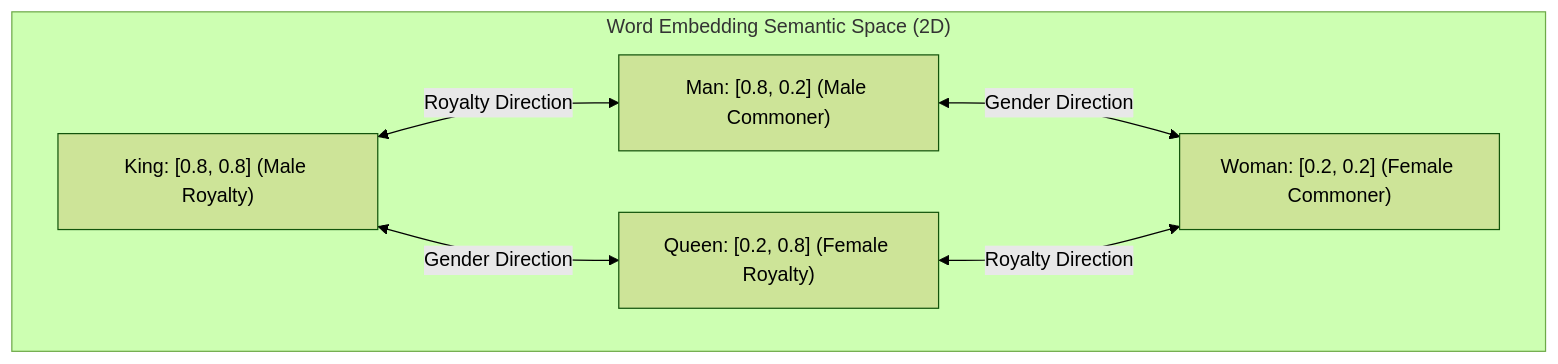
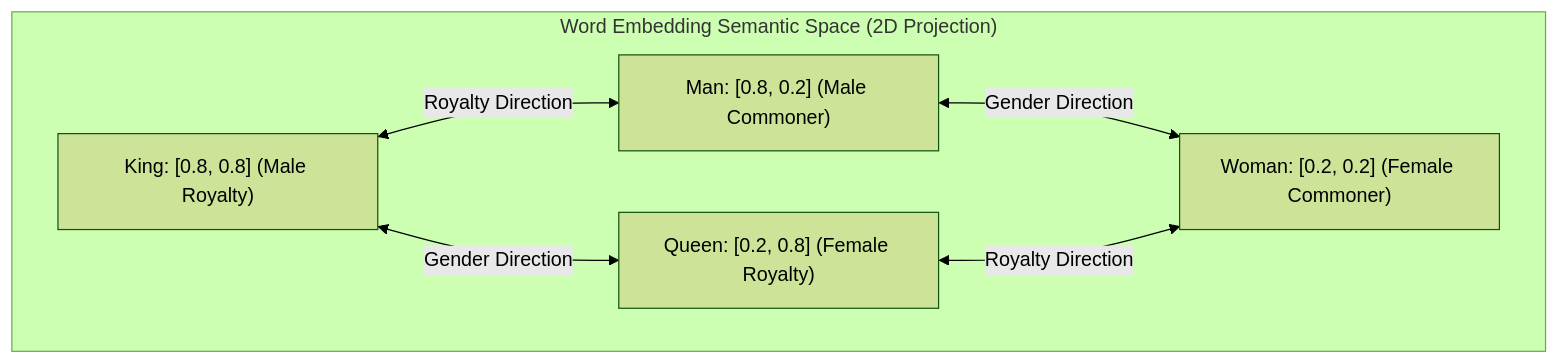
The diagram in topics/14 - LM - Embeddings.md (Nagaraj17/ai-learning-lab), drawn with Mermaid (forest theme) before and after one commit. The commit also changed other lines of this file and 2 other files, not shown here.

Commit message:
feat: add learning materials and starter notebook for word embeddings and update gitignore

````diff
--- a/topics/14 - LM - Embeddings.md
+++ b/topics/14 - LM - Embeddings.md
@@ -24,14 +57,14 @@
 ```mermaid
 graph TD
-    subgraph SemanticSpace ["Word Embedding Semantic Space (2D)"]
+    subgraph SemanticSpace ["Word Embedding Semantic Space (2D Projection)"]
         King["King: [0.8, 0.8] (Male Royalty)"]
         Queen["Queen: [0.2, 0.8] (Female Royalty)"]
         Man["Man: [0.8, 0.2] (Male Commoner)"]
         Woman["Woman: [0.2, 0.2] (Female Commoner)"]
         
         King <-->|Gender Direction| Queen
         Man <-->|Gender Direction| Woman
         King <-->|Royalty Direction| Man
         Queen <-->|Royalty Direction| Woman
     end
 ```
````
